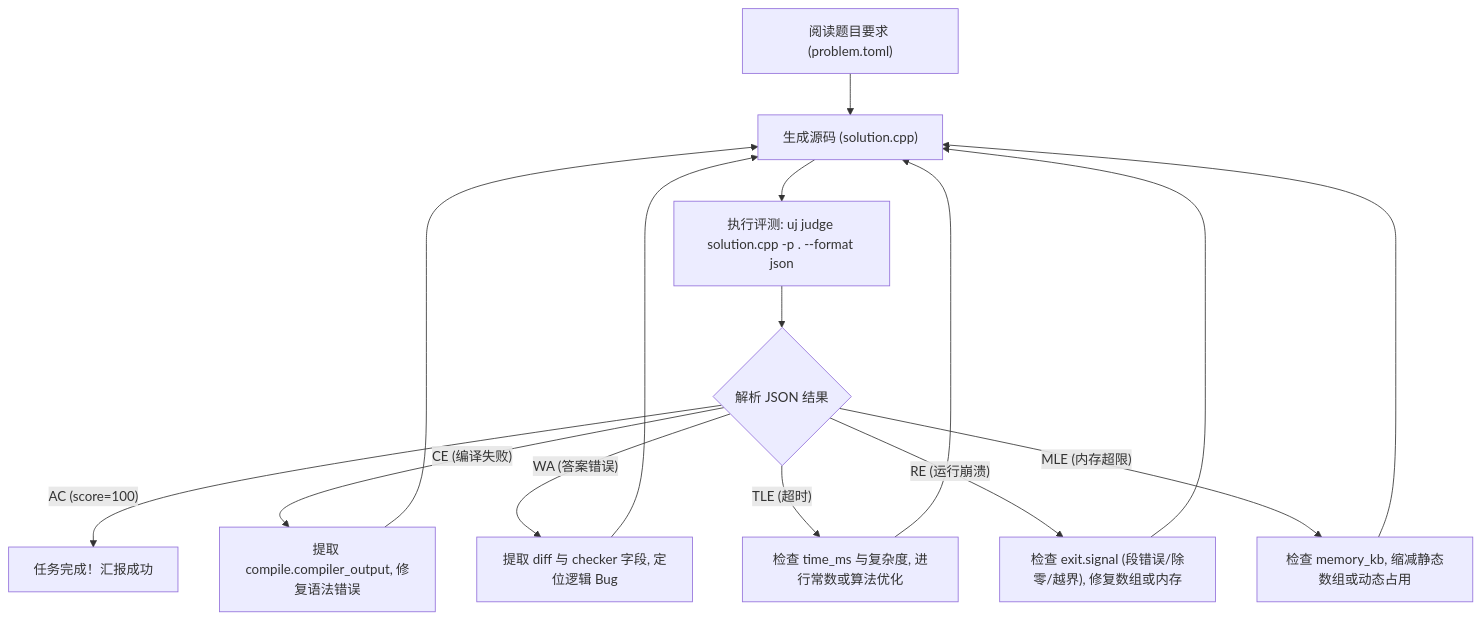
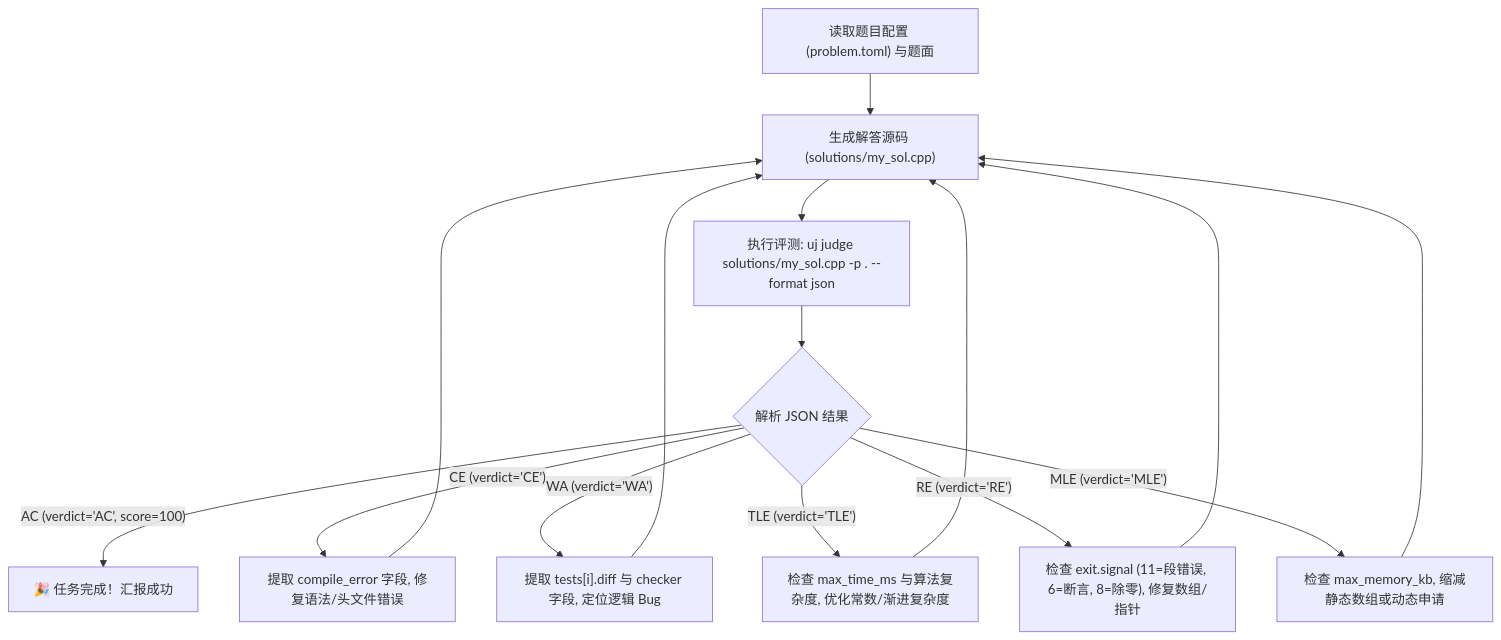
One commit to Codecsystem/uj-cil changed the diagram in docs/AGENT_GUIDE.md. Above: the diagram before and after it, drawn with Mermaid. The commit also changed other lines of this file and 5 other files, not shown here.

````diff
--- a/docs/AGENT_GUIDE.md
+++ b/docs/AGENT_GUIDE.md
@@ -83,12 +294,12 @@
 ```mermaid
 flowchart TD
-    A["阅读题目要求 (problem.toml)"] --> B["生成源码 (solution.cpp)"]
-    B --> C["执行评测: uj judge solution.cpp -p . --format json"]
+    A["读取题目配置 (problem.toml) 与题面"] --> B["生成解答源码 (solutions/my_sol.cpp)"]
+    B --> C["执行评测: uj judge solutions/my_sol.cpp -p . --format json"]
     C --> D{"解析 JSON 结果"}
-    D -- "AC (score=100)" --> E["任务完成！汇报成功"]
-    D -- "CE (编译失败)" --> F["提取 compile.compiler_output, 修复语法错误"] --> B
-    D -- "WA (答案错误)" --> G["提取 diff 与 checker 字段, 定位逻辑 Bug"] --> B
-    D -- "TLE (超时)" --> H["检查 time_ms 与复杂度, 进行常数或算法优化"] --> B
-    D -- "RE (运行崩溃)" --> I["检查 exit.signal (段错误/除零/越界), 修复数组或内存"] --> B
-    D -- "MLE (内存超限)" --> J["检查 memory_kb, 缩减静态数组或动态占用"] --> B
+    D -- "AC (verdict='AC', score=100)" --> E["🎉 任务完成！汇报成功"]
+    D -- "CE (verdict='CE')" --> F["提取 compile_error 字段, 修复语法/头文件错误"] --> B
+    D -- "WA (verdict='WA')" --> G["提取 tests[i].diff 与 checker 字段, 定位逻辑 Bug"] --> B
+    D -- "TLE (verdict='TLE')" --> H["检查 max_time_ms 与算法复杂度, 优化常数/渐进复杂度"] --> B
+    D -- "RE (verdict='RE')" --> I["检查 exit.signal (11=段错误, 6=断言, 8=除零), 修复数组/指针"] --> B
+    D -- "MLE (verdict='MLE')" --> J["检查 max_memory_kb, 缩减静态数组或动态申请"] --> B
 ```
````
